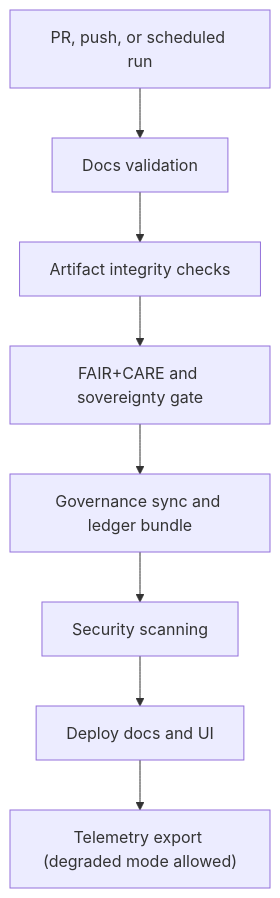
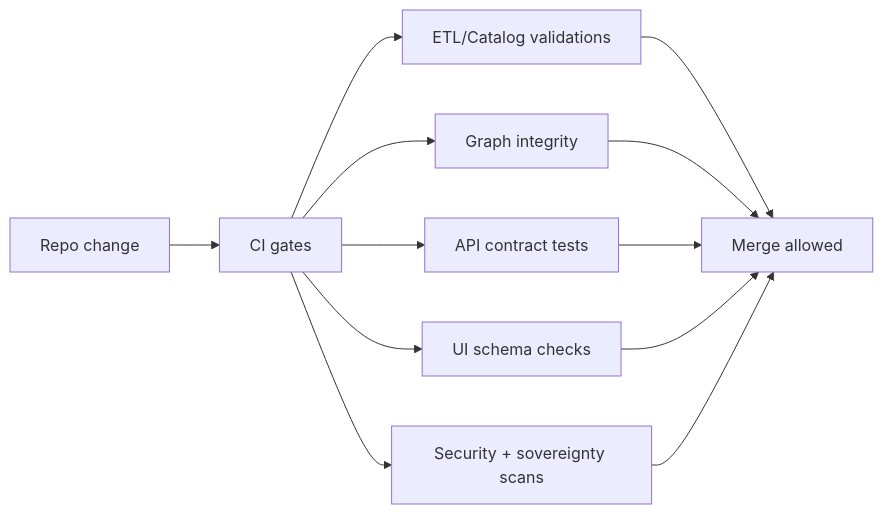
One commit to bartytime4life/Kansas-Frontier-Matrix changed the first of 2 diagrams in tools/ci/README.md. Above: the diagram before and after it, drawn with Mermaid. The commit also changed other lines of this file, not shown here.

```diff
--- a/tools/ci/README.md
+++ b/tools/ci/README.md
@@ -262,10 +164,14 @@
 ~~~mermaid
-flowchart TD
-  A["PR, push, or scheduled run"] --> B["Docs validation"]
-  B --> C["Artifact integrity checks"]
-  C --> D["FAIR+CARE and sovereignty gate"]
-  D --> E["Governance sync and ledger bundle"]
-  E --> F["Security scanning"]
-  F --> G["Deploy docs and UI"]
-  G --> H["Telemetry export (degraded mode allowed)"]
+flowchart LR
+  A[Repo change] --> B[CI gates]
+  B --> C[ETL/Catalog validations]
+  B --> D[Graph integrity]
+  B --> E[API contract tests]
+  B --> F[UI schema checks]
+  B --> G[Security + sovereignty scans]
+  C --> H[Merge allowed]
+  D --> H
+  E --> H
+  F --> H
+  G --> H
 ~~~
```
